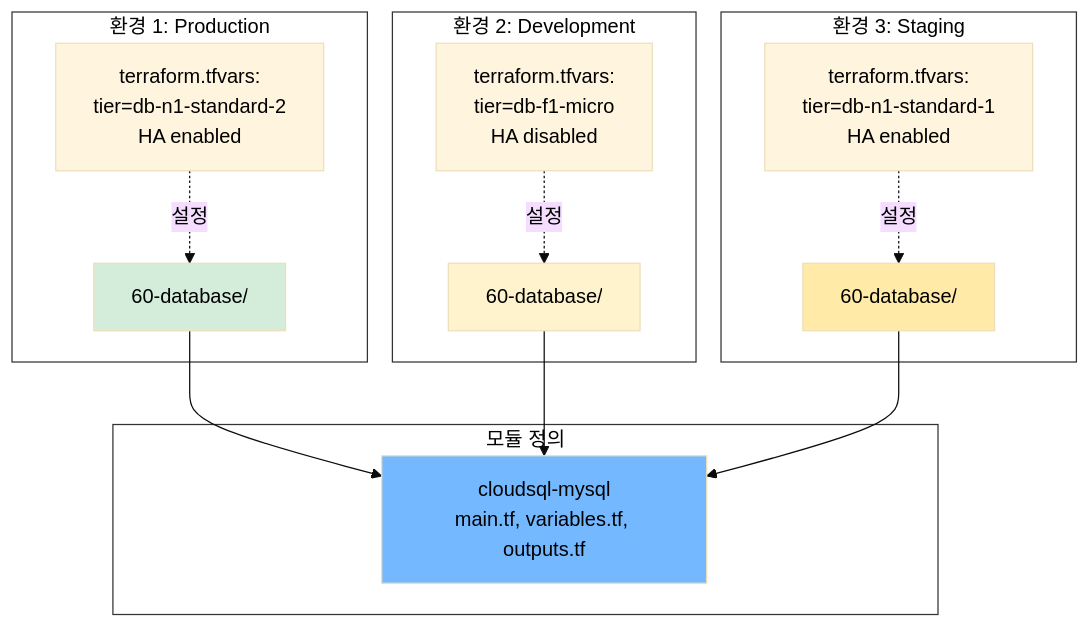
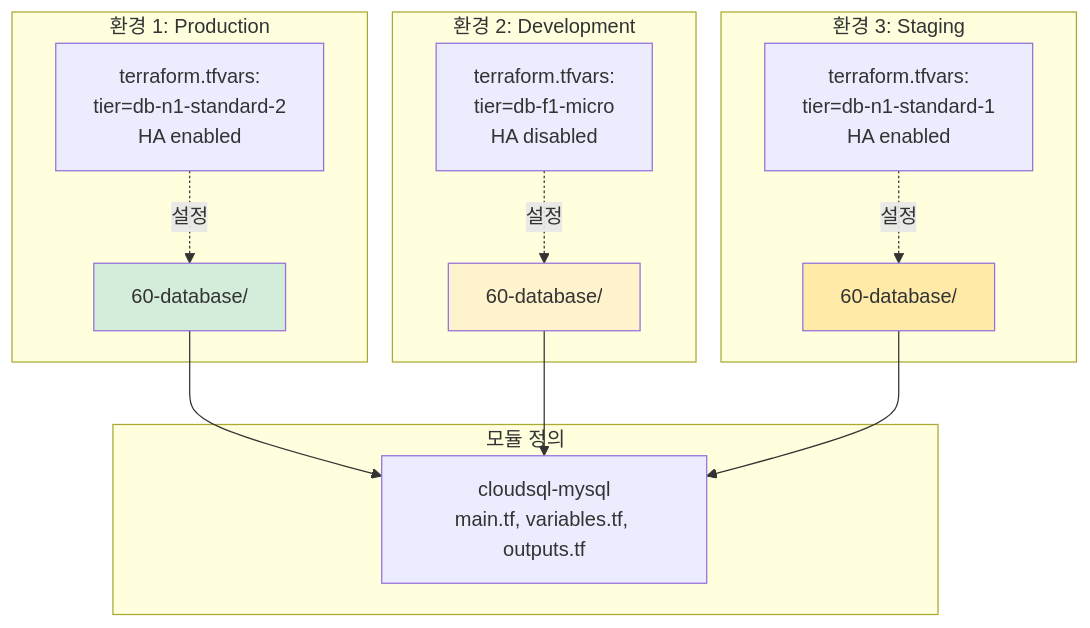
The eighth of 9 diagrams in terraform_gcp_infra/docs/architecture/diagrams.md (JSJ2337/GCP_terraform_code), drawn with Mermaid before and after one commit. The commit also changed other lines of this file and 5 other files, not shown here.

First line of the commit message:
fix: Mermaid 다이어그램 테마를 default로 변경 및 단순화

````diff
--- a/terraform_gcp_infra/docs/architecture/diagrams.md
+++ b/terraform_gcp_infra/docs/architecture/diagrams.md
@@ -512,37 +491,33 @@
 ```mermaid
-%%{init: {'theme': 'base', 'themeVariables': { 'primaryTextColor': '#000000', 'secondaryTextColor': '#000000', 'tertiaryTextColor': '#000000', 'clusterBkg': '#ffffff', 'clusterBorder': '#333333' }}}%%
+%%{init: {'theme': 'default'}}%%
 graph TB
     subgraph MODULE_DEF["모듈 정의"]
         MODULE[cloudsql-mysql<br/>main.tf, variables.tf, outputs.tf]
     end
 
     subgraph PROD["환경 1: Production"]
         P_LAYER[60-database/]
         P_VARS["terraform.tfvars:<br/>tier=db-n1-standard-2<br/>HA enabled"]
         P_LAYER --> MODULE
         P_VARS -.설정.-> P_LAYER
     end
 
     subgraph DEV["환경 2: Development"]
         D_LAYER[60-database/]
         D_VARS["terraform.tfvars:<br/>tier=db-f1-micro<br/>HA disabled"]
         D_LAYER --> MODULE
         D_VARS -.설정.-> D_LAYER
     end
 
     subgraph STAGE["환경 3: Staging"]
         S_LAYER[60-database/]
         S_VARS["terraform.tfvars:<br/>tier=db-n1-standard-1<br/>HA enabled"]
         S_LAYER --> MODULE
         S_VARS -.설정.-> S_LAYER
     end
 
-    style MODULE_DEF fill:#ffffff,color:#000000
-    style PROD fill:#ffffff,color:#000000
-    style DEV fill:#ffffff,color:#000000
-    style STAGE fill:#ffffff,color:#000000
-    style MODULE fill:#74b9ff
+    style MODULE_DEF fill:#ffffff    style PROD fill:#ffffff    style DEV fill:#ffffff    style STAGE fill:#ffffff    style MODULE fill:#74b9ff
     style P_LAYER fill:#d4edda
     style D_LAYER fill:#fff3cd
     style S_LAYER fill:#ffeaa7
 ```
````
